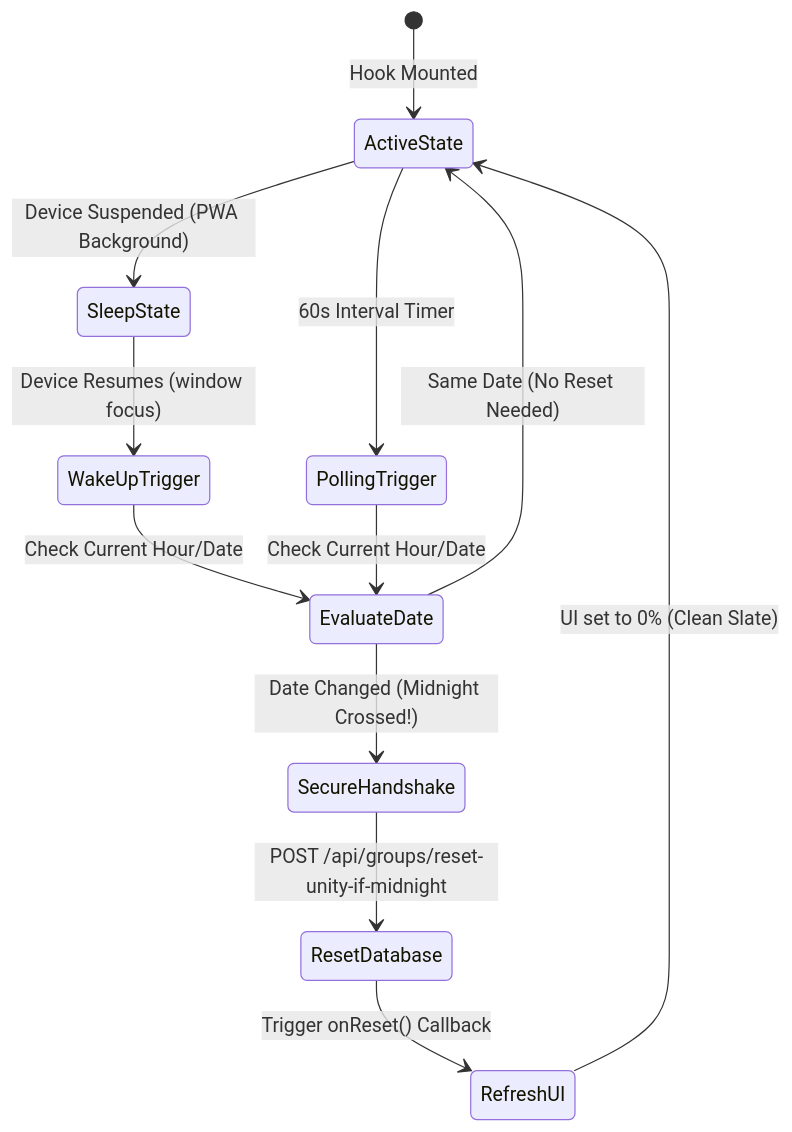
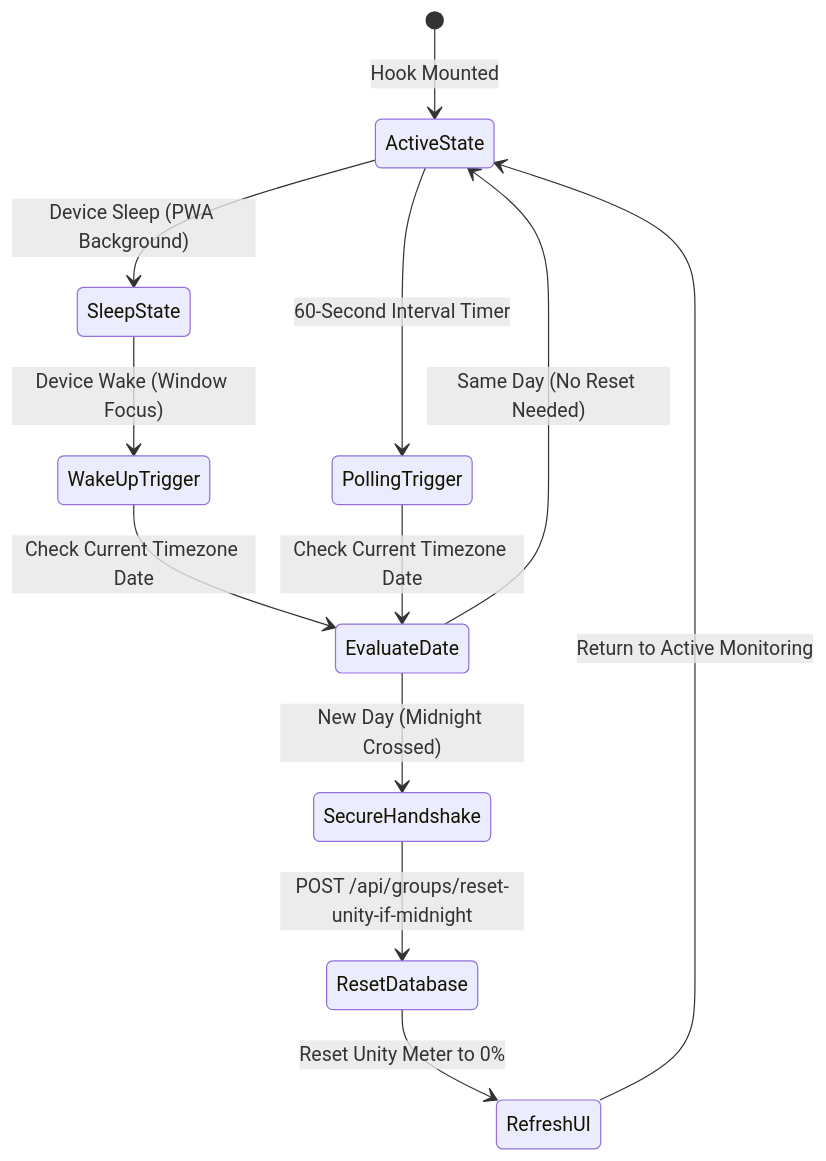
One commit to ScriptureHabit/scripture-habit changed the diagram in docs/client-unity-midnight-reset.md. Above: the diagram before and after it, drawn with Mermaid. The commit also changed other lines of this file and 15 other files, not shown here.

````diff
--- a/docs/client-unity-midnight-reset.md
+++ b/docs/client-unity-midnight-reset.md
@@ -11,18 +11,18 @@
 ```mermaid
 stateDiagram-v2
     [*] --> ActiveState: Hook Mounted
     
-    ActiveState --> SleepState: Device Suspended (PWA Background)
-    SleepState --> WakeUpTrigger: Device Resumes (window focus)
-    WakeUpTrigger --> EvaluateDate: Check Current Hour/Date
+    ActiveState --> SleepState: Device Sleep (PWA Background)
+    SleepState --> WakeUpTrigger: Device Wake (Window Focus)
+    WakeUpTrigger --> EvaluateDate: Check Current Timezone Date
     
-    ActiveState --> PollingTrigger: 60s Interval Timer
-    PollingTrigger --> EvaluateDate: Check Current Hour/Date
+    ActiveState --> PollingTrigger: 60-Second Interval Timer
+    PollingTrigger --> EvaluateDate: Check Current Timezone Date
     
-    EvaluateDate --> ActiveState: Same Date (No Reset Needed)
-    EvaluateDate --> SecureHandshake: Date Changed (Midnight Crossed!)
+    EvaluateDate --> ActiveState: Same Day (No Reset Needed)
+    EvaluateDate --> SecureHandshake: New Day (Midnight Crossed)
     
     SecureHandshake --> ResetDatabase: POST /api/groups/reset-unity-if-midnight
-    ResetDatabase --> RefreshUI: Trigger onReset() Callback
-    RefreshUI --> ActiveState: UI set to 0% (Clean Slate)
+    ResetDatabase --> RefreshUI: Reset Unity Meter to 0%
+    RefreshUI --> ActiveState: Return to Active Monitoring
 ```
````
